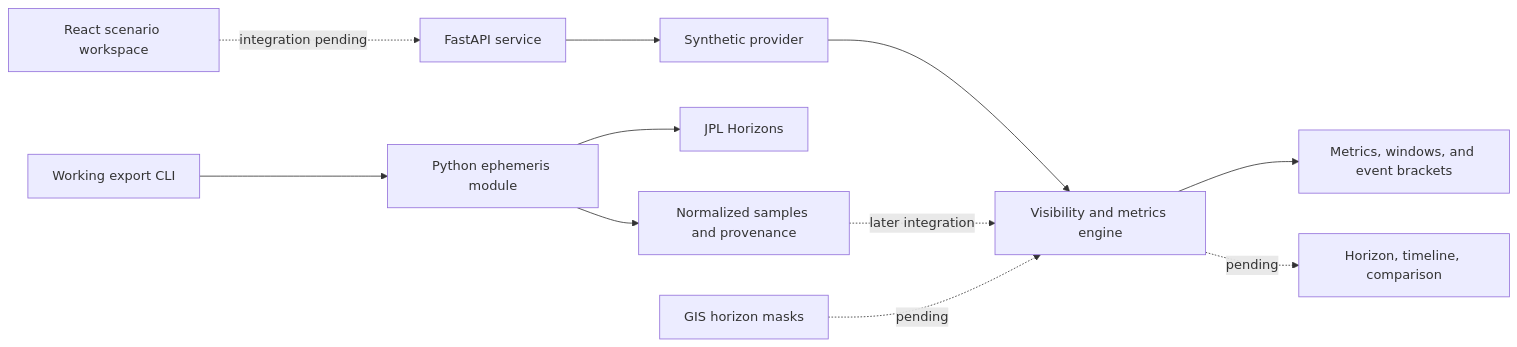
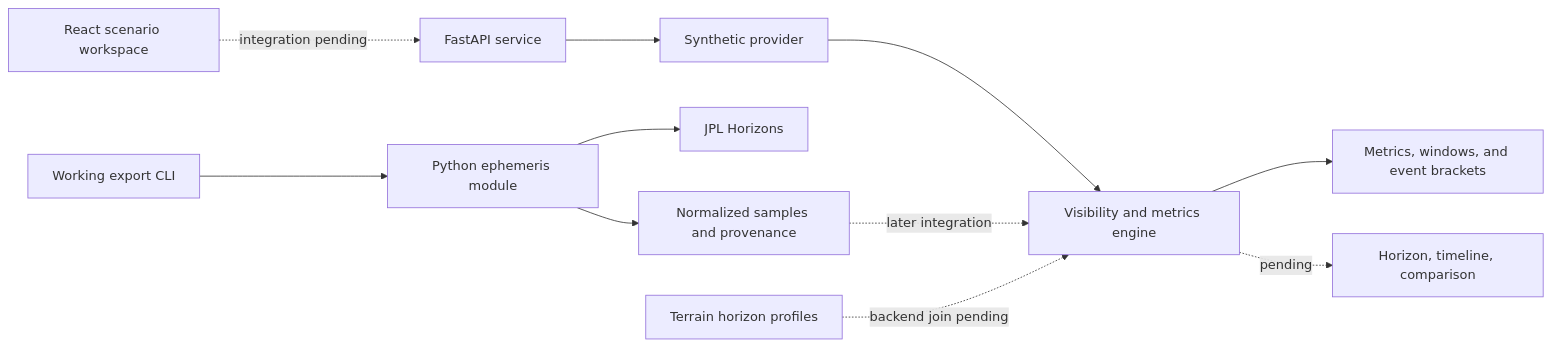
The diagram in docs/architecture.md (mihaicostache1/nasa-space-apps), drawn with Mermaid before and after one commit. The commit also changed other lines of this file and 7 other files, not shown here.

Commit message:
docs: terrain/GIS work package, validated mask, and preliminary PGDA comparison

````diff
--- a/docs/architecture.md
+++ b/docs/architecture.md
@@ -35,13 +36,13 @@
 ```mermaid
 flowchart LR
   UI[React scenario workspace] -. integration pending .-> API[FastAPI service]
   API --> Demo[Synthetic provider]
   Demo --> Domain[Visibility and metrics engine]
   Domain --> Result[Metrics, windows, and event brackets]
   CLI[Working export CLI] --> Provider[Python ephemeris module]
   Provider --> Horizons[JPL Horizons]
   Provider --> Data[Normalized samples and provenance]
   Data -. later integration .-> Domain
-  GIS[GIS horizon masks] -. pending .-> Domain
+  GIS[Terrain horizon profiles] -. backend join pending .-> Domain
   Domain -. pending .-> Views[Horizon, timeline, comparison]
 ```
````
